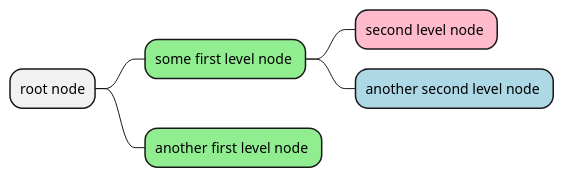
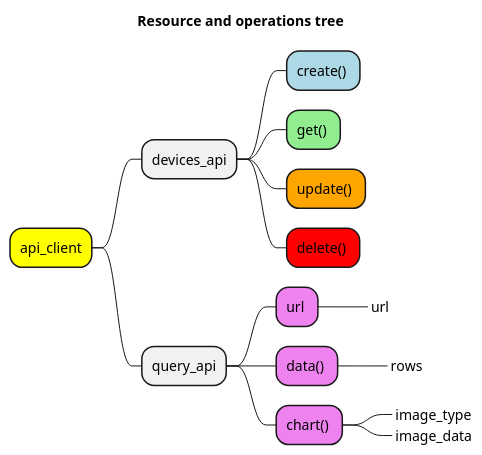
Before and after one commit to mateuszmidor/ArchStudy: the diagram in PlantUML/mindmap.puml, drawn with PlantUML. The commit also changed 2 other files, not shown here.

Commit message:
Added mindmap.png to README.md

```diff
--- a/PlantUML/mindmap.puml
+++ b/PlantUML/mindmap.puml
@@ -1,21 +1,43 @@
 @startmindmap mindmap
+
+title Resource and operations tree
+
 <style>
 mindmapDiagram {
   .green {
     BackgroundColor lightgreen
   }
-  .rose {
-    BackgroundColor #FFBBCC
+  .red {
+    BackgroundColor red
   }
-  .your_style_name {
+  .orange {
+    BackgroundColor orange
+  }
+  .blue {
     BackgroundColor lightblue
+  }
+  .violet {
+    BackgroundColor violet
   }
 }
 </style>
 
-* root node
- * some first level node <<green>>
-  * second level node <<rose>>
-  * another second level node <<your_style_name>>
- * another first level node <<green>>
+
+*[#Yellow] api_client
+ * devices_api
+  * create() <<blue>>
+  * get() <<green>>
+  * update() <<orange>>
+  * delete() <<red>>
+
+' left side '
+
+ * query_api
+  * url <<violet>>
+   *_ url
+  * data() <<violet>>
+   *_ rows
+  * chart() <<violet>>
+   *_ image_type
+   *_ image_data
 @endmindmap
```
